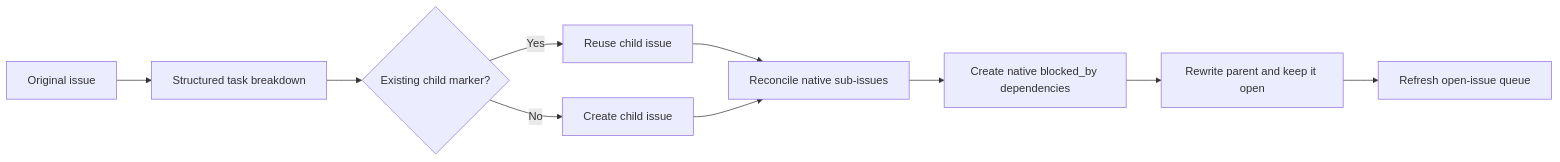
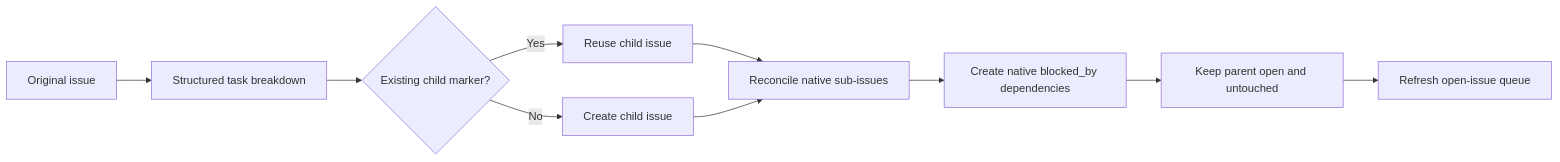
One commit to beremaran/ralphie changed the third of 3 diagrams in docs/workflows.md. Above: the diagram before and after it, drawn with Mermaid. The commit also changed other lines of this file and 253 other files, not shown here.

````diff
--- a/docs/workflows.md
+++ b/docs/workflows.md
@@ -158,12 +316,12 @@
 ```mermaid
 flowchart LR
     A[Original issue] --> B[Structured task breakdown]
     B --> C{Existing child marker?}
     C -->|Yes| D[Reuse child issue]
     C -->|No| E[Create child issue]
     D --> F[Reconcile native sub-issues]
     E --> F
     F --> G[Create native blocked_by dependencies]
-    G --> H[Rewrite parent and keep it open]
+    G --> H[Keep parent open and untouched]
     H --> I[Refresh open-issue queue]
 ```
````
